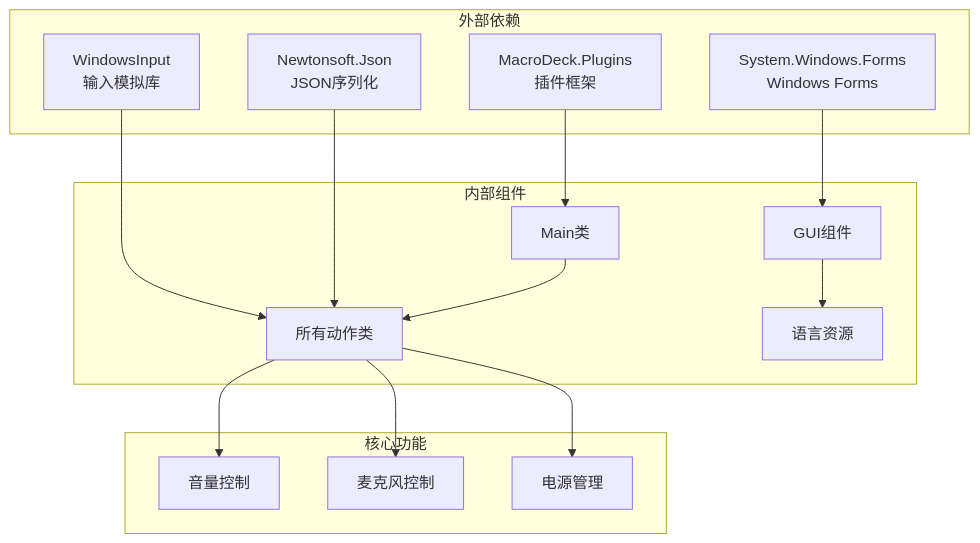
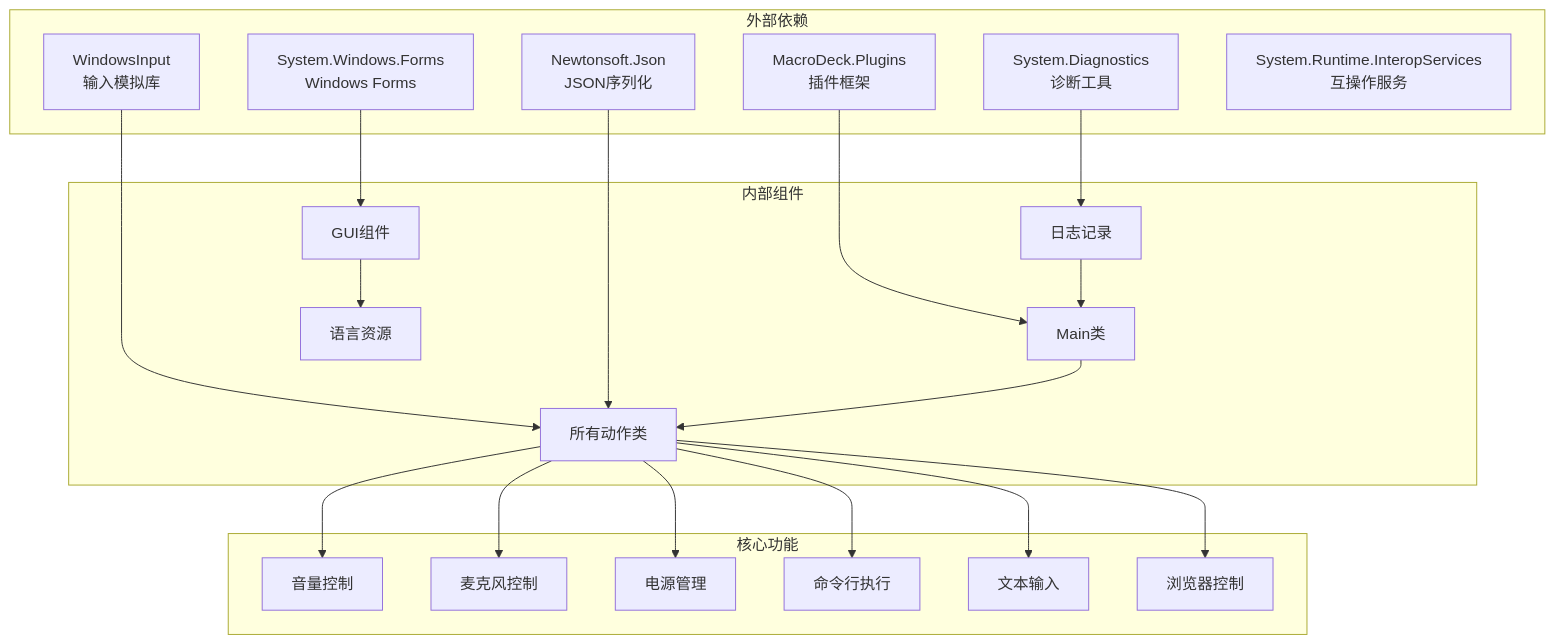
Before and after one commit to tea4go/Macro-Deck-Windows-Utils-Plugin: diagram 11 of 11 in .qoder/repowiki/zh/content/核心功能/系统控制功能.md, drawn with Mermaid. The commit also changed other lines of this file and 39 other files, not shown here.

````diff
--- a/.qoder/repowiki/zh/content/核心功能/系统控制功能.md
+++ b/.qoder/repowiki/zh/content/核心功能/系统控制功能.md
@@ -290,29 +400,40 @@
 ```mermaid
 graph TB
 subgraph "外部依赖"
 MacroDeck[MacroDeck.Plugins<br/>插件框架]
 WindowsInput[WindowsInput<br/>输入模拟库]
-Json[Newtonsoft.Json<br/>JSON序列化]
-Forms[System.Windows.Forms<br/>Windows Forms]
+NewtonsoftJson[Newtonsoft.Json<br/>JSON序列化]
+SystemWindowsForms[System.Windows.Forms<br/>Windows Forms]
+SystemDiagnostics[System.Diagnostics<br/>诊断工具]
+SystemRuntimeInteropServices[System.Runtime.InteropServices<br/>互操作服务]
 end
 subgraph "内部组件"
 MainClass[Main类]
 Actions[所有动作类]
 GUI[GUI组件]
 Language[语言资源]
+Logging[日志记录]
 end
 subgraph "核心功能"
 VolumeControl[音量控制]
 MicrophoneControl[麦克风控制]
 PowerManagement[电源管理]
+CommandLine[命令行执行]
+TextInput[文本输入]
+BrowserControl[浏览器控制]
 end
 MacroDeck --> MainClass
 WindowsInput --> Actions
-Json --> Actions
-Forms --> GUI
+NewtonsoftJson --> Actions
+SystemWindowsForms --> GUI
+SystemDiagnostics --> Logging
 MainClass --> Actions
 Actions --> VolumeControl
 Actions --> MicrophoneControl
 Actions --> PowerManagement
+Actions --> CommandLine
+Actions --> TextInput
+Actions --> BrowserControl
 GUI --> Language
+Logging --> MainClass
 ```
````
